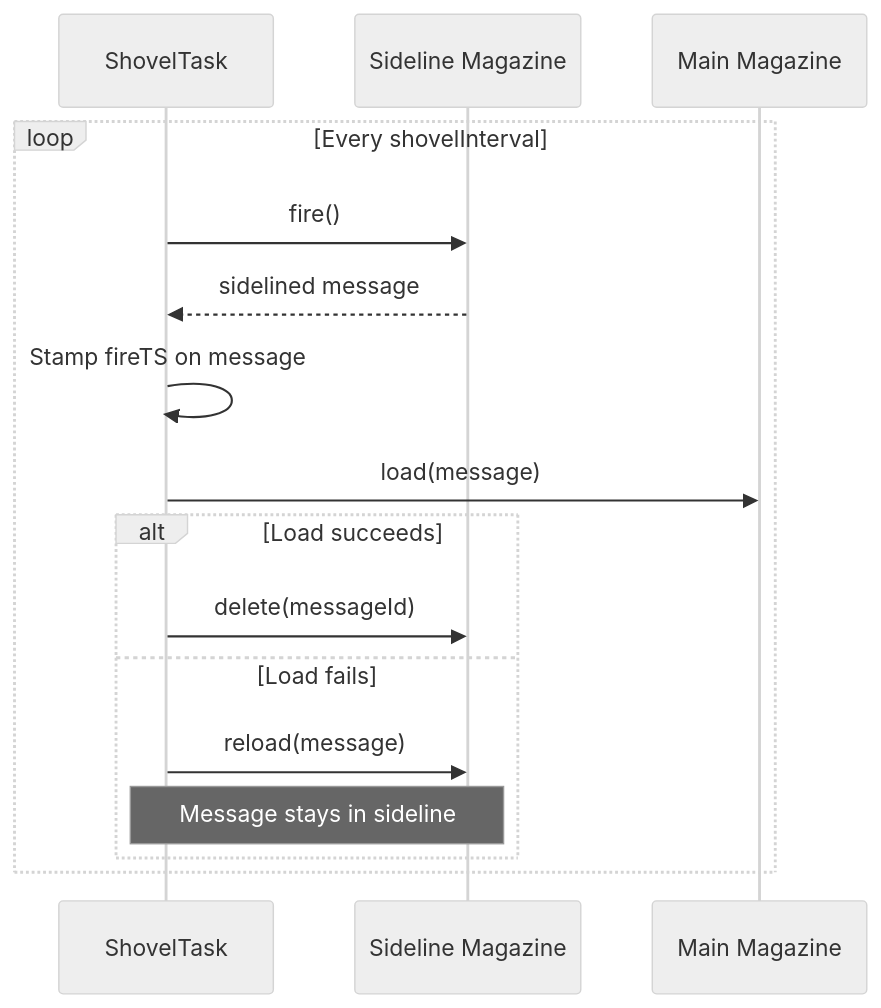
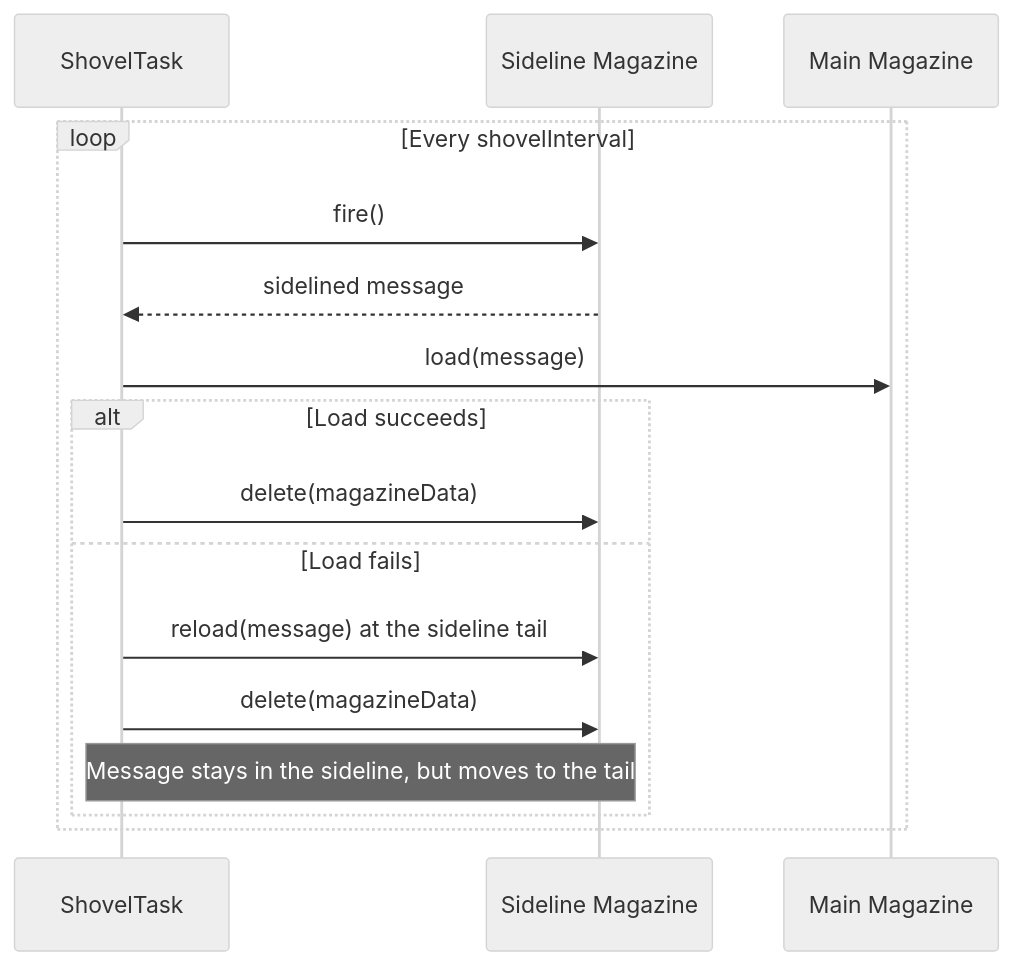
One commit to PhonePe/IgnisMQ changed the third of 6 diagrams in docs/docs/core-concepts.md. Above: the diagram before and after it, drawn with Mermaid (neutral theme). The commit also changed other lines of this file and 39 other files, not shown here.

````diff
--- a/docs/docs/core-concepts.md
+++ b/docs/docs/core-concepts.md
@@ -109,19 +131,19 @@
 ```mermaid
 sequenceDiagram
     participant ST as ShovelTask
     participant SM as Sideline Magazine
     participant MM as Main Magazine
 
     loop Every shovelInterval
         ST->>SM: fire()
         SM-->>ST: sidelined message
-        ST->>ST: Stamp fireTS on message
         ST->>MM: load(message)
         alt Load succeeds
-            ST->>SM: delete(messageId)
+            ST->>SM: delete(magazineData)
         else Load fails
-            ST->>SM: reload(message)
-            Note over ST,SM: Message stays in sideline
+            ST->>SM: reload(message) at the sideline tail
+            ST->>SM: delete(magazineData)
+            Note over ST,SM: Message stays in the sideline, but moves to the tail
         end
     end
 ```
````
